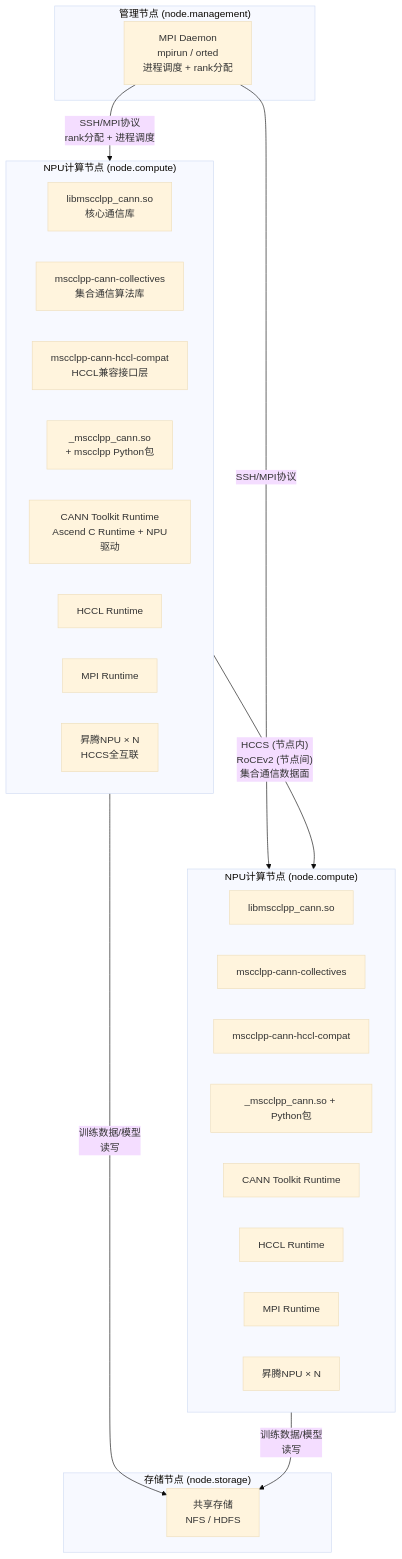
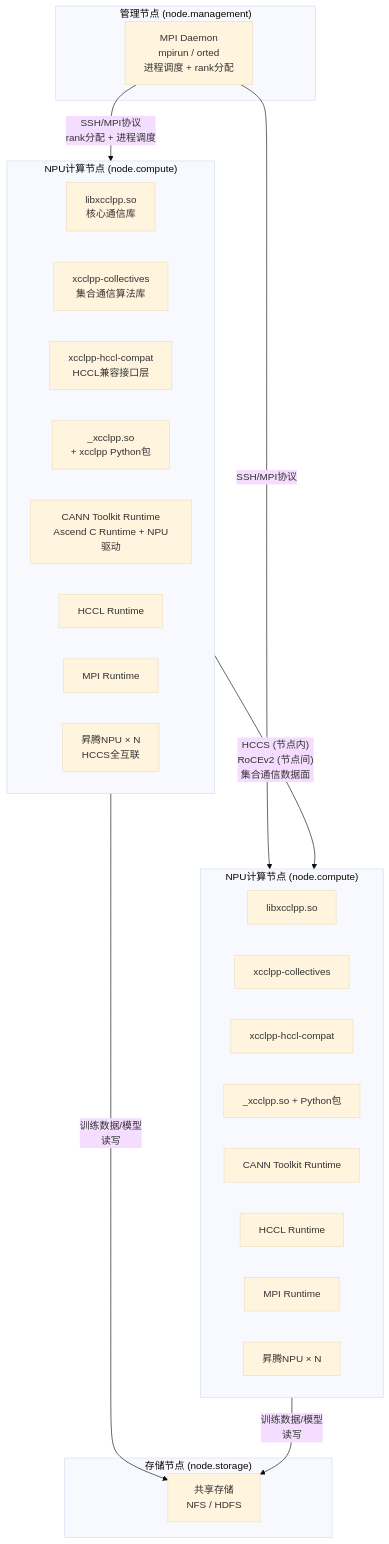
One commit to wangguimin18-boop/mscclpp changed the second of 2 diagrams in docs/specs/2026-06-15-deployment-view.md. Above: the diagram before and after it, drawn with Mermaid (base theme). The commit also changed other lines of this file and 1 other file, not shown here.

````diff
--- a/docs/specs/2026-06-15-deployment-view.md
+++ b/docs/specs/2026-06-15-deployment-view.md
@@ -189,38 +189,38 @@
 ```mermaid
 graph TB
     subgraph 管理节点["管理节点 (node.management)"]
         MPI_DAEMON["MPI Daemon<br/>mpirun / orted<br/>进程调度 + rank分配"]
     end
 
     subgraph NPU计算节点1["NPU计算节点 (node.compute)"]
-        CORE1["libmscclpp_cann.so<br/>核心通信库"]
-        COLL1["mscclpp-cann-collectives<br/>集合通信算法库"]
-        HCCL_COMPAT1["mscclpp-cann-hccl-compat<br/>HCCL兼容接口层"]
-        PY1["_mscclpp_cann.so<br/>+ mscclpp Python包"]
+        CORE1["libxcclpp.so<br/>核心通信库"]
+        COLL1["xcclpp-collectives<br/>集合通信算法库"]
+        HCCL_COMPAT1["xcclpp-hccl-compat<br/>HCCL兼容接口层"]
+        PY1["_xcclpp.so<br/>+ xcclpp Python包"]
         CANN_RT1["CANN Toolkit Runtime<br/>Ascend C Runtime + NPU驱动"]
         HCCL_RT1["HCCL Runtime"]
         MPI_RT1["MPI Runtime"]
         NPU1["昇腾NPU × N<br/>HCCS全互联"]
     end
 
     subgraph NPU计算节点2["NPU计算节点 (node.compute)"]
-        CORE2["libmscclpp_cann.so"]
-        COLL2["mscclpp-cann-collectives"]
-        HCCL_COMPAT2["mscclpp-cann-hccl-compat"]
-        PY2["_mscclpp_cann.so + Python包"]
+        CORE2["libxcclpp.so"]
+        COLL2["xcclpp-collectives"]
+        HCCL_COMPAT2["xcclpp-hccl-compat"]
+        PY2["_xcclpp.so + Python包"]
         CANN_RT2["CANN Toolkit Runtime"]
         HCCL_RT2["HCCL Runtime"]
         MPI_RT2["MPI Runtime"]
         NPU2["昇腾NPU × N"]
     end
 
     subgraph 存储节点["存储节点 (node.storage)"]
         NFS["共享存储<br/>NFS / HDFS"]
     end
 
     MPI_DAEMON -->|"SSH/MPI协议<br/>rank分配 + 进程调度"| NPU计算节点1
     MPI_DAEMON -->|"SSH/MPI协议"| NPU计算节点2
     NPU计算节点1 -->|"HCCS (节点内)<br/>RoCEv2 (节点间)<br/>集合通信数据面"| NPU计算节点2
     NPU计算节点1 -->|"训练数据/模型<br/>读写"| NFS
     NPU计算节点2 -->|"训练数据/模型<br/>读写"| NFS
 ```
````
